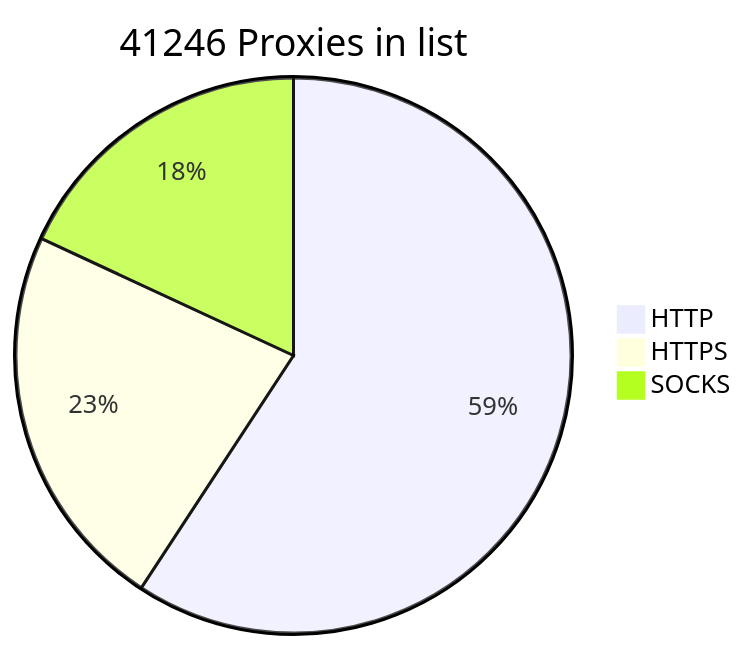
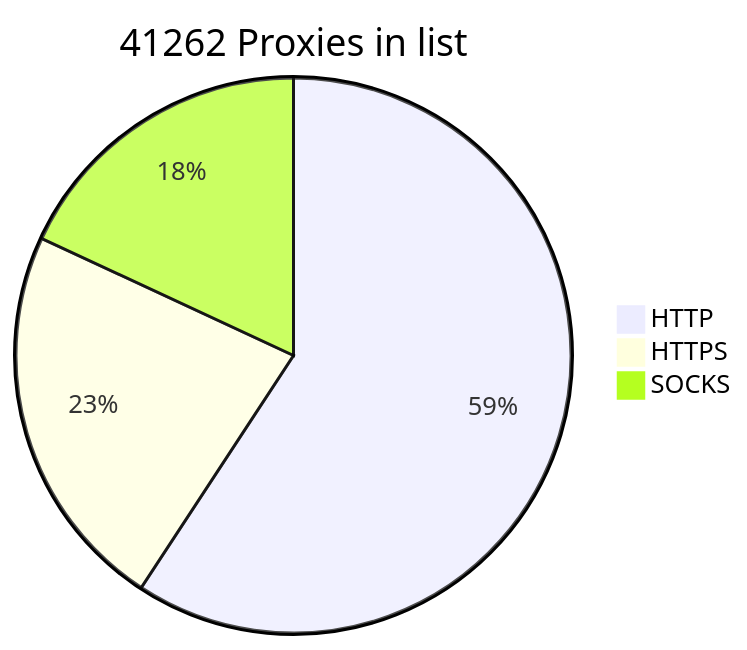
One commit to BlackSnowDot/proxylist-update-every-minute changed the diagram in README.md. Above: the diagram before and after it, drawn with Mermaid.

````diff
--- a/README.md
+++ b/README.md
@@ -2,6 +2,6 @@
 ```mermaid
-pie title 41246 Proxies in list
-    "HTTP" : 28710
-    "HTTPS": 10997
+pie title 41262 Proxies in list
+    "HTTP" : 28724
+    "HTTPS": 10999
     "SOCKS" : 8766
 ```
````
